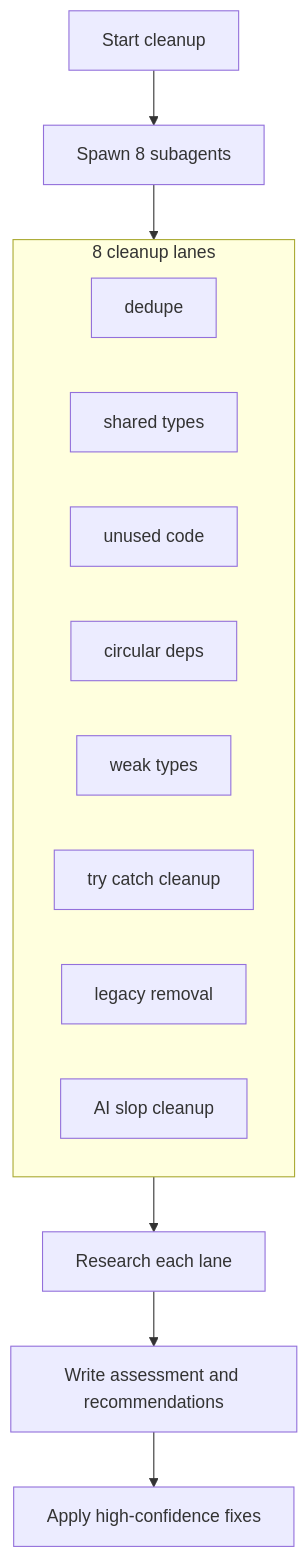
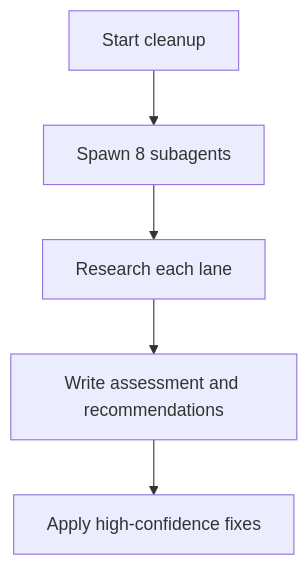
Before and after one commit to jasperdevs/slop-cleanup: the diagram in README.md, drawn with Mermaid.

Commit message:
Shrink README diagram

````diff
--- a/README.md
+++ b/README.md
@@ -13,21 +13,7 @@
 ```mermaid
 flowchart TD
     A[Start cleanup] --> B[Spawn 8 subagents]
-    B --> C
-
-    subgraph C[8 cleanup lanes]
-        direction LR
-        C1[dedupe]
-        C2[shared types]
-        C3[unused code]
-        C4[circular deps]
-        C5[weak types]
-        C6[try catch cleanup]
-        C7[legacy removal]
-        C8[AI slop cleanup]
-    end
-
-    C --> D[Research each lane]
-    D --> E[Write assessment and recommendations]
-    E --> F[Apply high-confidence fixes]
+    B --> C[Research each lane]
+    C --> D[Write assessment and recommendations]
+    D --> E[Apply high-confidence fixes]
 ```
````
